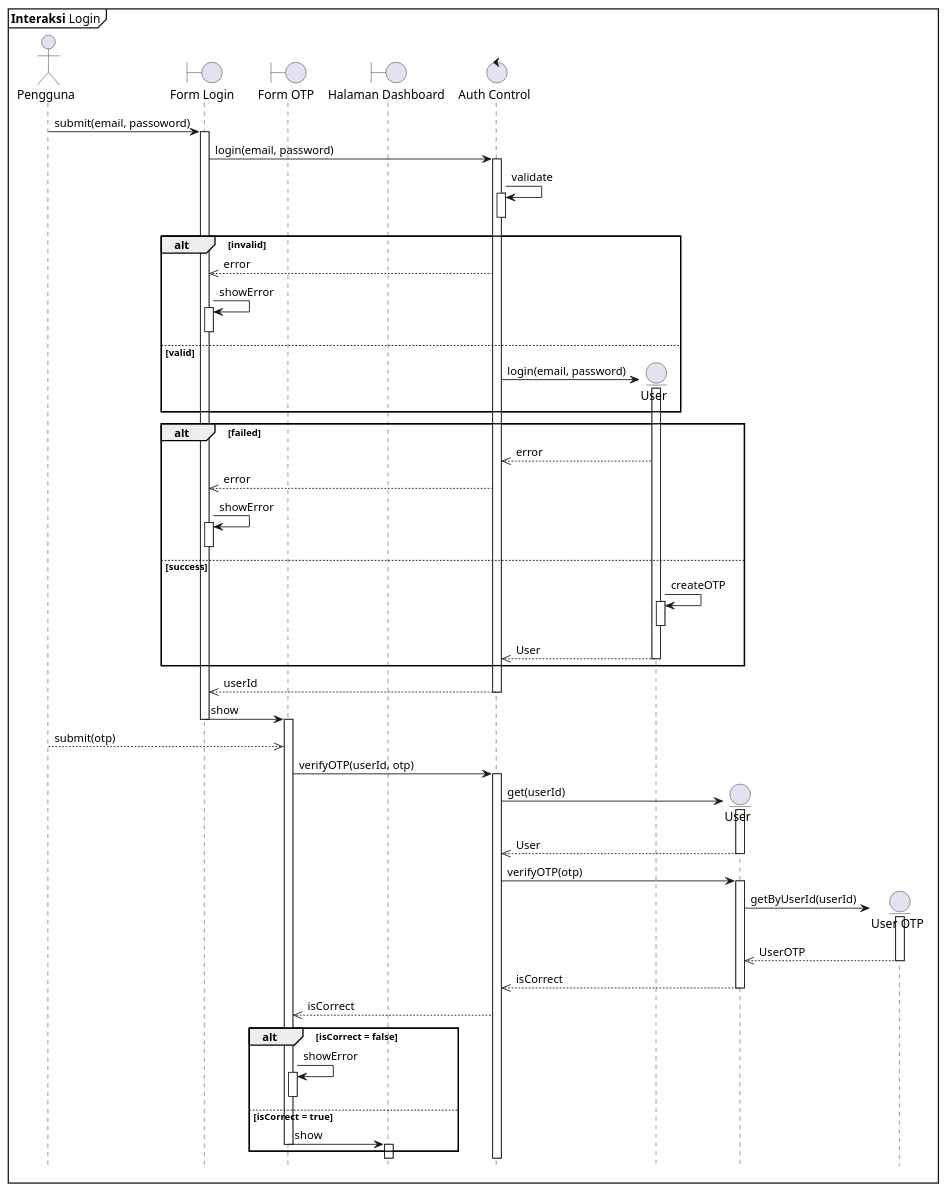
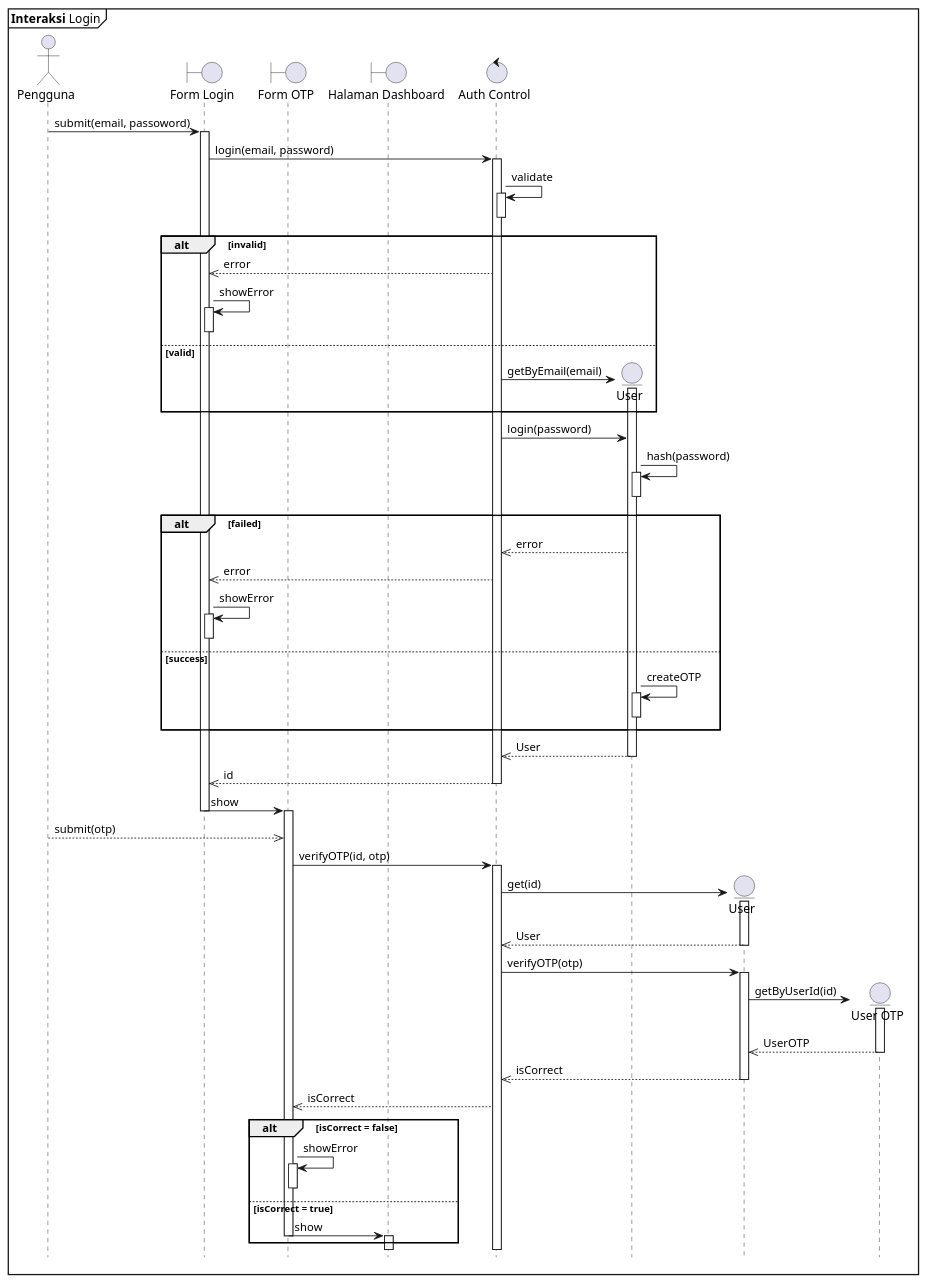
One commit to clarestarahma/manajemen-investasi changed the diagram in sequence/Login.puml. Above: the diagram before and after it, drawn with PlantUML. The commit also changed 3 other files, not shown here.

Commit message:
mengubah sequence auth

```diff
--- a/sequence/Login.puml
+++ b/sequence/Login.puml
@@ -1,95 +1,102 @@
 @startuml Sequence
 
 hide footbox
 
 mainframe **Interaksi** Login
 
 actor "Pengguna"
 boundary "Form Login" as FL
 boundary "Form OTP" as FOTP
 boundary "Halaman Dashboard" as HD
 control "Auth Control" as AC
 ' entity "Auth Service" as ASR
 entity "User" as User
 entity "User" as User2
 entity "User OTP" as UOTP
 
 Pengguna -> FL : submit(email, passoword)
 activate FL
 
 FL -> AC : login(email, password)
 activate AC
 
 AC -> AC : validate
 activate AC
 deactivate AC
 
 alt invalid
   AC -->> FL : error
   FL -> FL : showError
   activate FL
   deactivate FL
 else valid
-  AC -> User ** : login(email, password)
+  AC -> User ** : getByEmail(email)
   activate User
 end
+
+AC -> User : login(password)
+User -> User : hash(password)
+activate User
+deactivate User
 
 alt failed
   User -->> AC : error
 
   AC -->> FL : error
   FL -> FL : showError
   activate FL
   deactivate FL
 else success
+
   User -> User : createOTP
   activate User
   deactivate User
 
-  User -->> AC : User
-  deactivate User
 end
 
-AC -->> FL : userId
+User -->> AC : User
+deactivate User
+
+AC -->> FL : id
 deactivate AC
 
 FL -> FOTP : show
 deactivate FL
 activate FOTP
 
 Pengguna -->> FOTP : submit(otp)
-FOTP -> AC : verifyOTP(userId, otp)
+FOTP -> AC : verifyOTP(id, otp)
 activate AC
 
-AC -> User2 ** : get(userId)
+AC -> User2 ** : get(id)
 activate User2
 
 User2 -->> AC : User
 deactivate User2
 
 AC -> User2 : verifyOTP(otp)
 activate User2
 
-User2 -> UOTP ** : getByUserId(userId)
+User2 -> UOTP ** : getByUserId(id)
 activate UOTP
 UOTP -->> User2 : UserOTP
 deactivate UOTP
 
 User2 -->> AC : isCorrect
 deactivate User2
 
 AC -->> FOTP : isCorrect
 
 alt isCorrect = false
   FOTP -> FOTP : showError
   activate FOTP
   deactivate FOTP
 else isCorrect = true
   FOTP -> HD : show
   deactivate FOTP
   activate HD 
 end
 
 
 
 @enduml
```
